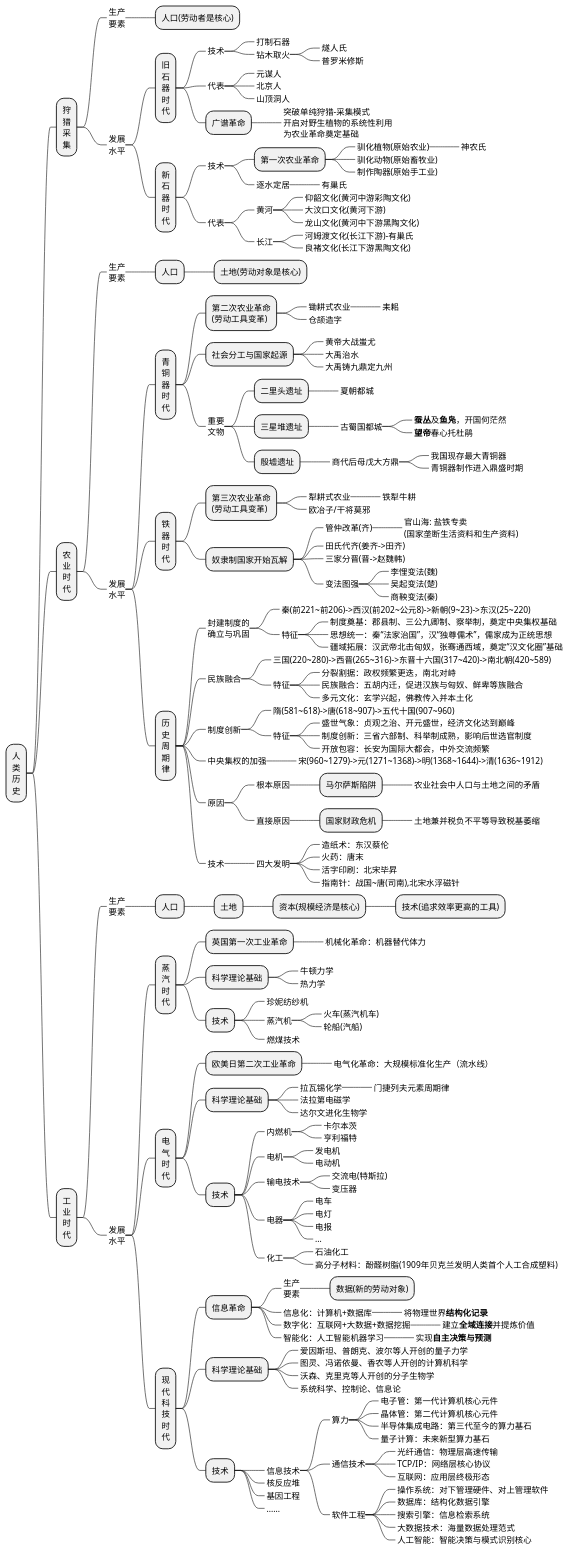
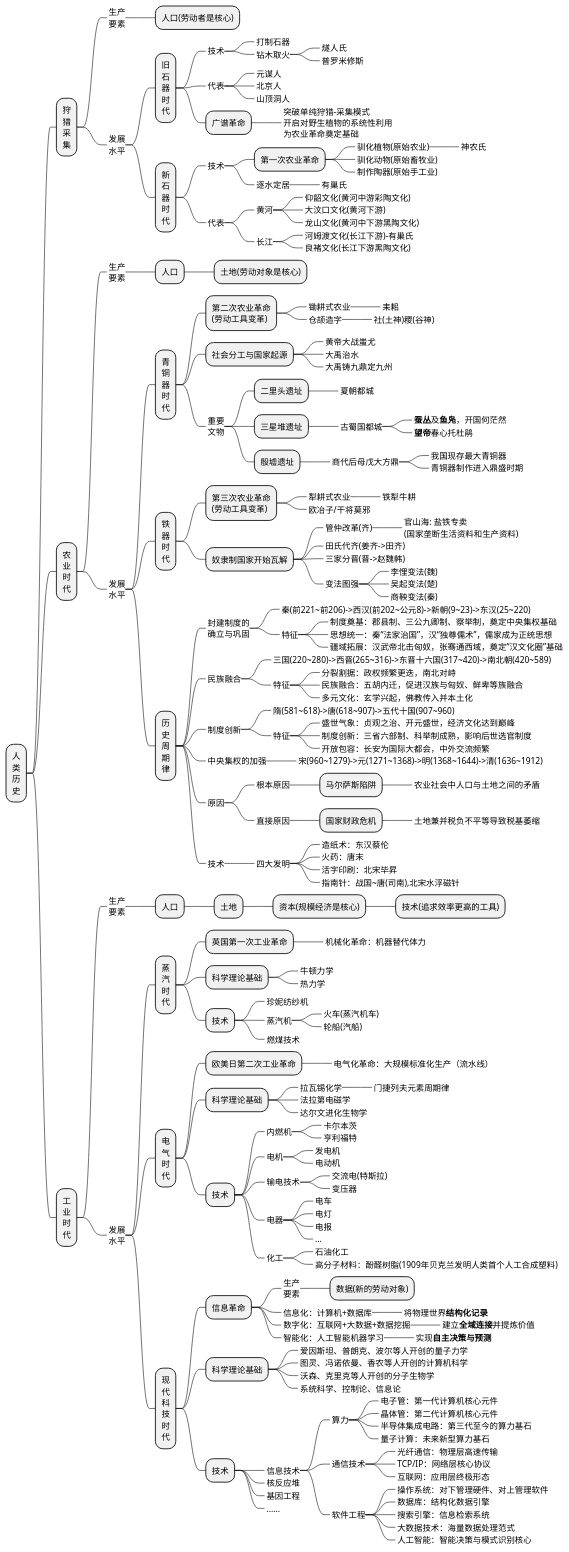
One commit to holmofy/blog.hufeifei.cn changed the first of 4 diagrams in source/_posts/economic/economic_and_history.md. Above: the diagram before and after it, drawn with PlantUML.

```diff
--- a/source/_posts/economic/economic_and_history.md
+++ b/source/_posts/economic/economic_and_history.md
@@ -63,6 +63,7 @@
 ++++++_ 锄耕式农业
 +++++++_ 耒耜
 ++++++_ 仓颉造字
++++++++_ 社(土神)稷(谷神)
 +++++ 社会分工与国家起源
 ++++++_ 黄帝大战蚩尤
 ++++++_ 大禹治水
```
